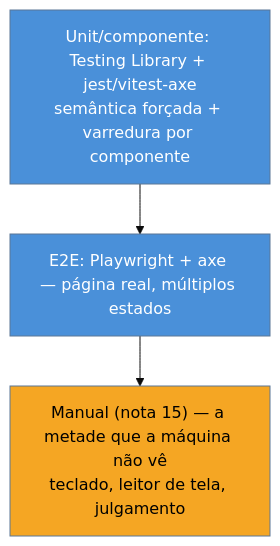
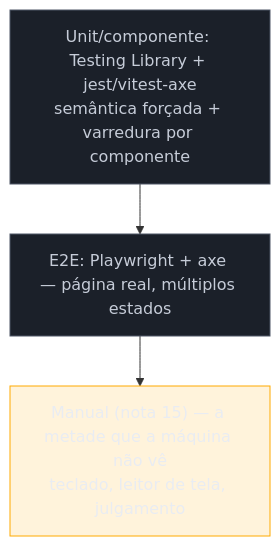
One commit to josenaldo/codex-technomanticus changed the diagram in 03-Dominios/Tecnologia/Acessibilidade/Auditar e Testar/14 - Testes de a11y no código.md. Above: the diagram before and after it, drawn with Mermaid. The commit also changed 1181 other files, not shown here.

First line of the commit message:
fix(diagramas): paleta do sistema no lugar de cor cravada no markdown

````diff
--- a/03-Dominios/Tecnologia/Acessibilidade/Auditar e Testar/14 - Testes de a11y no código.md
+++ b/03-Dominios/Tecnologia/Acessibilidade/Auditar e Testar/14 - Testes de a11y no código.md
@@ -88,11 +88,12 @@
 ```mermaid
-%%{init: {"theme": "base", "themeVariables": {"primaryColor": "#4A90D9"}}}%%
 graph TD
+    classDef neutro fill:#1B2029,stroke:#4E5666,color:#C6CCD8
+    classDef destaque fill:#FFAA0024,stroke:#FFAA00,color:#E9ECF2
     M["Manual (nota 15) — a metade que a máquina não vê<br/>teclado, leitor de tela, julgamento"]
     E["E2E: Playwright + axe — página real, múltiplos estados"]
     U["Unit/componente: Testing Library + jest/vitest-axe<br/>semântica forçada + varredura por componente"]
     U --> E --> M
-    style U fill:#4A90D9,color:#fff
-    style E fill:#4A90D9,color:#fff
-    style M fill:#F5A623,color:#000
+    class U neutro
+    class E neutro
+    class M destaque
 ```
````
